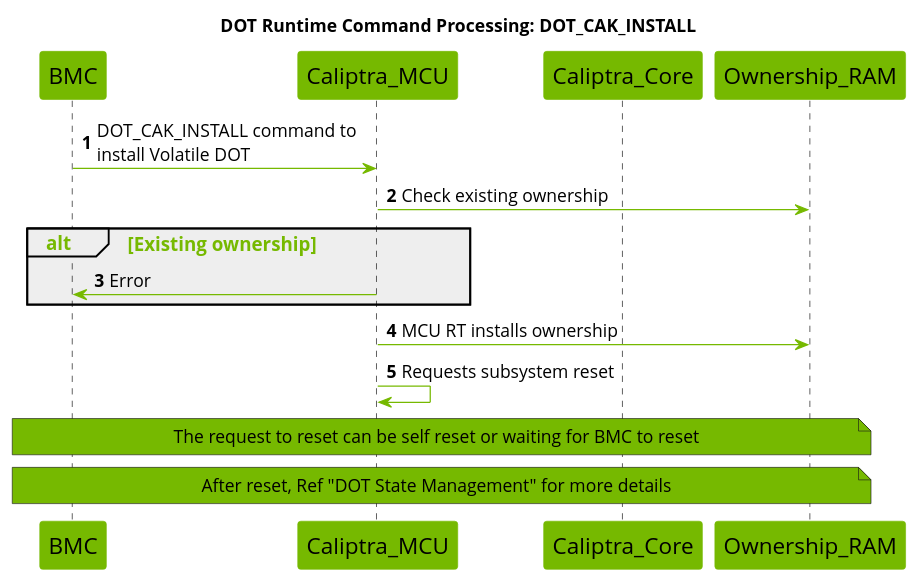
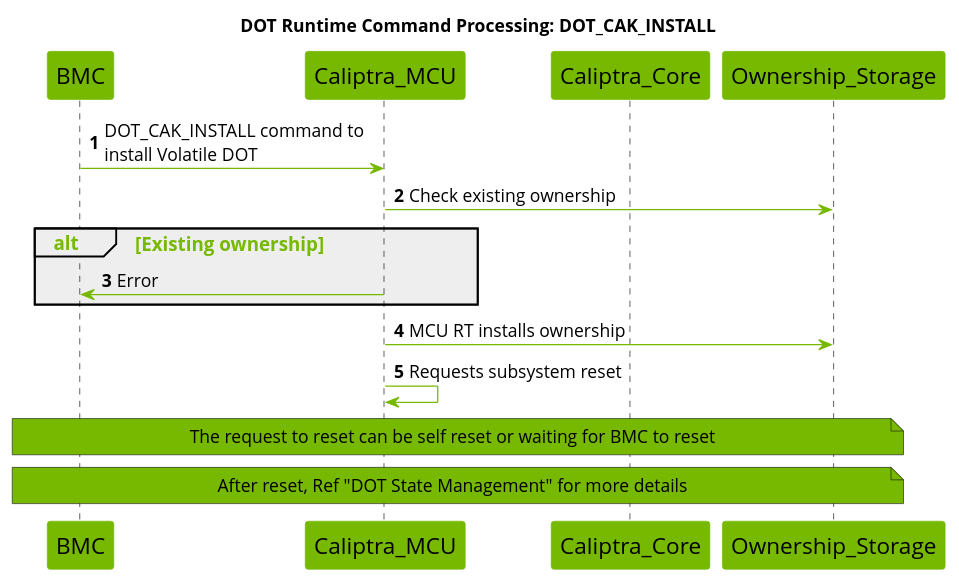
One commit to zhalvorsen/caliptra-mcu-sw changed the second of 9 diagrams in docs/src/dot.md. Above: the diagram before and after it, drawn with PlantUML. The commit also changed other lines of this file, not shown here.

Commit message:
Modify dot.md to rephrase Ownership_RAM as Ownership_Storage (#611)

````diff
--- a/docs/src/dot.md
+++ b/docs/src/dot.md
@@ -426,48 +427,48 @@
 ```plantuml
 @startuml
 
 title DOT Runtime Command Processing: DOT_CAK_INSTALL
 
 skinparam maxMessageSize 250
 skinparam wrapWidth 700
 skinparam backgroundColor white
 skinparam NoteBackgroundColor #76b900
 skinparam NoteFontSize 14
 skinparam SequenceGroupBodyBackgroundColor #EEEEEE
 skinparam defaultFontName Open Sans
 
 skinparam sequence {
     ArrowColor #76b900
     ActorBorderColor #76b900
     LifeLineBorderColor #000000
     LifeLineBackgroundColor #76b900
     GroupHeaderFontsize 15
     GroupHeaderFontColor #76b900
     GroupFontSize 15
     GroupFontColor #76b900
     ArrowFontSize 15
     ParticipantBorderColor #76b900
     ParticipantBackgroundColor #76b900
     ParticipantFontSize 18
     ParticipantFontColor black
     ArrowFontSize 14
 }
 
 participant BMC
 participant Caliptra_MCU
 participant Caliptra_Core
-participant Ownership_RAM
+participant Ownership_Storage
 
 autonumber
 
 BMC -> Caliptra_MCU : DOT_CAK_INSTALL command to install Volatile DOT
-Caliptra_MCU -> Ownership_RAM : Check existing ownership
+Caliptra_MCU -> Ownership_Storage : Check existing ownership
 alt Existing ownership
     Caliptra_MCU -> BMC : Error
 end
-Caliptra_MCU -> Ownership_RAM : MCU RT installs ownership
+Caliptra_MCU -> Ownership_Storage : MCU RT installs ownership
 Caliptra_MCU -> Caliptra_MCU : Requests subsystem reset
 note across : The request to reset can be self reset or waiting for BMC to reset
 note across : After reset, Ref "DOT State Management" for more details
 @enduml
 ```
````
